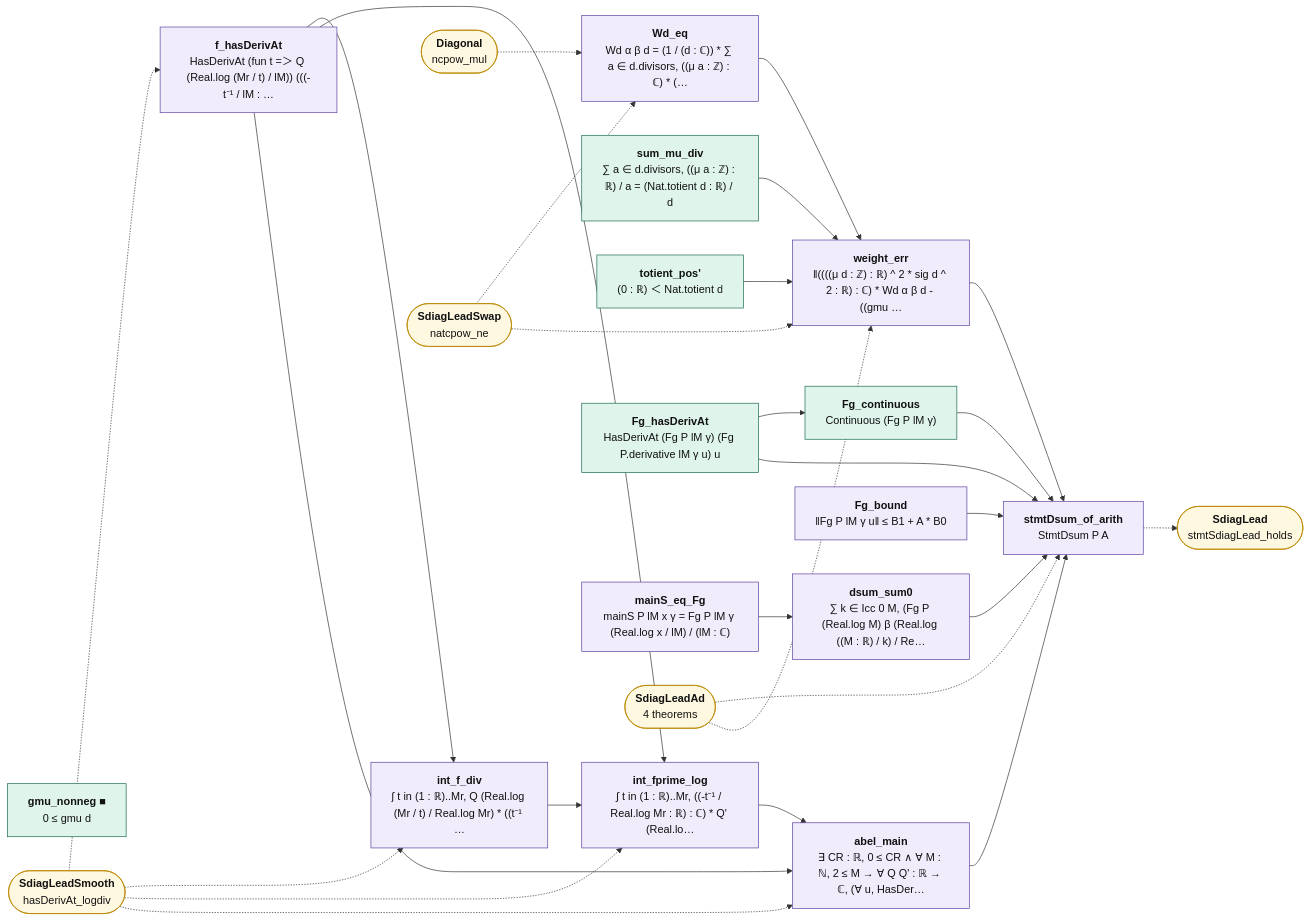
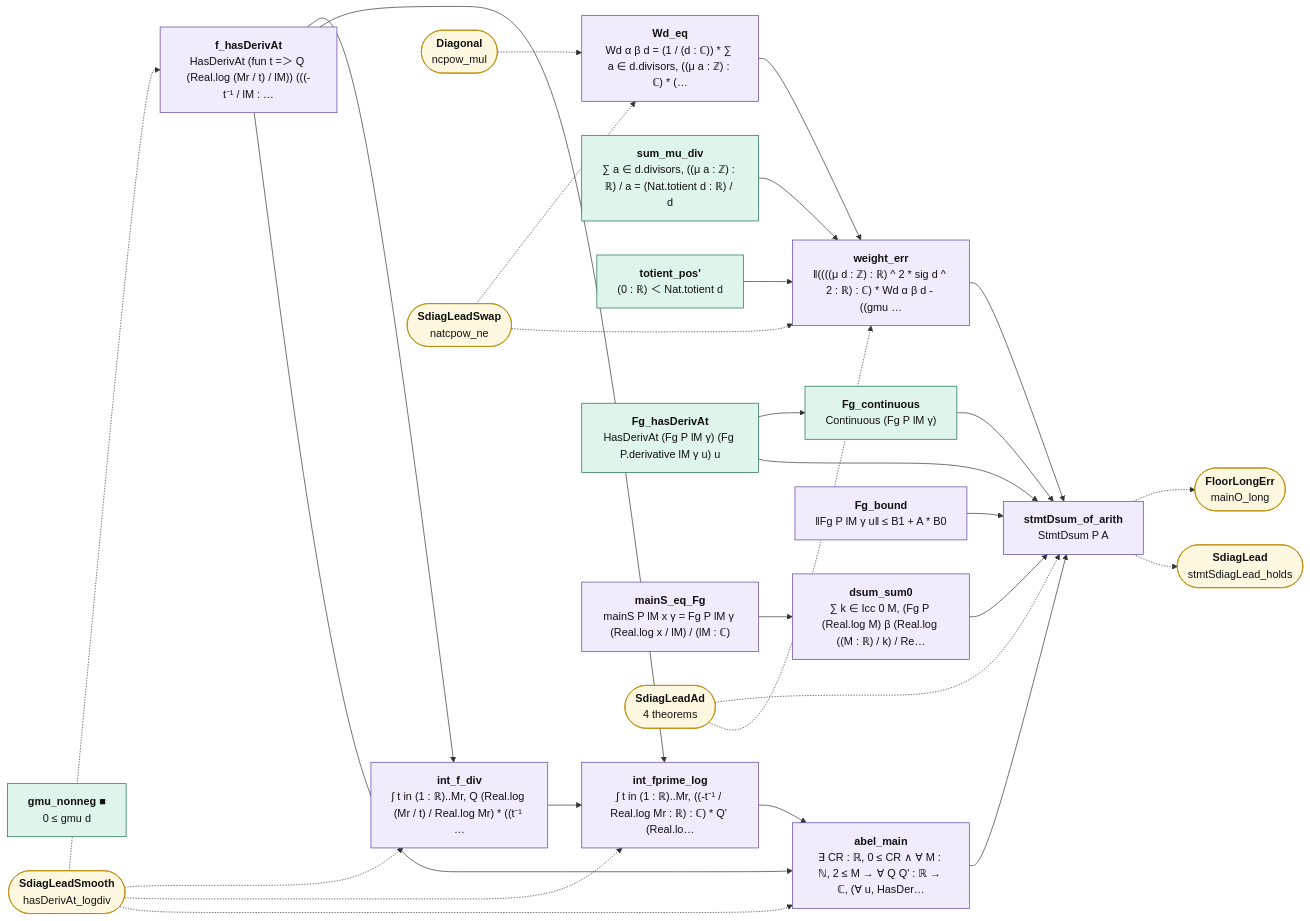
One commit to juliansambranojr/Primebeat_081426 changed the diagram in map/lean_stage3/SdiagLeadDsum.md. Above: the diagram before and after it, drawn with Mermaid. The commit also changed other lines of this file and 64 other files, not shown here.

````diff
--- a/map/lean_stage3/SdiagLeadDsum.md
+++ b/map/lean_stage3/SdiagLeadDsum.md
@@ -14,57 +14,59 @@
 ```mermaid
 flowchart LR
   n0["<b>Wd_eq</b><br/>Wd α β d = (1 / (d : ℂ)) * ∑ a ∈ d.divisors, ((μ a : ℤ) : ℂ) * (…"]:::shp
   n1["<b>sum_mu_div</b><br/>∑ a ∈ d.divisors, ((μ a : ℤ) : ℝ) / a = (Nat.totient d : ℝ) / d"]:::cnt
   n2["<b>totient_pos'</b><br/>(0 : ℝ) ＜ Nat.totient d"]:::cnt
   n3["<b>weight_err</b><br/>‖((((μ d : ℤ) : ℝ) ^ 2 * sig d ^ 2 : ℝ) : ℂ) * Wd α β d - ((gmu …"]:::shp
   n4["<b>f_hasDerivAt</b><br/>HasDerivAt (fun t =＞ Q (Real.log (Mr / t) / lM)) (((-t⁻¹ / lM : …"]:::shp
   n5["<b>int_f_div</b><br/>∫ t in (1 : ℝ)..Mr, Q (Real.log (Mr / t) / Real.log Mr) * ((t⁻¹ …"]:::shp
   n6["<b>int_fprime_log</b><br/>∫ t in (1 : ℝ)..Mr, ((-t⁻¹ / Real.log Mr : ℝ) : ℂ) * Q' (Real.lo…"]:::shp
   n7["<b>gmu_nonneg ■</b><br/>0 ≤ gmu d"]:::cnt
   n8["<b>abel_main</b><br/>∃ CR : ℝ, 0 ≤ CR ∧ ∀ M : ℕ, 2 ≤ M → ∀ Q Q' : ℝ → ℂ, (∀ u, HasDer…"]:::shp
   n9["<b>Fg_hasDerivAt</b><br/>HasDerivAt (Fg P lM γ) (Fg P.derivative lM γ u) u"]:::cnt
   n10["<b>Fg_continuous</b><br/>Continuous (Fg P lM γ)"]:::cnt
   n11["<b>Fg_bound</b><br/>‖Fg P lM γ u‖ ≤ B1 + A * B0"]:::shp
   n12["<b>mainS_eq_Fg</b><br/>mainS P lM x γ = Fg P lM γ (Real.log x / lM) / (lM : ℂ)"]:::shp
   n13["<b>dsum_sum0</b><br/>∑ k ∈ Icc 0 M, (Fg P (Real.log M) β (Real.log ((M : ℝ) / k) / Re…"]:::shp
   n14["<b>stmtDsum_of_arith</b><br/>StmtDsum P A"]:::shp
   x0(["<b>Diagonal</b><br/>ncpow_mul"]):::ext
   x1(["<b>SdiagLeadSwap</b><br/>natcpow_ne"]):::ext
   x2(["<b>SdiagLeadAd</b><br/>4 theorems"]):::ext
   x3(["<b>SdiagLeadSmooth</b><br/>hasDerivAt_logdiv"]):::ext
-  x4(["<b>SdiagLead</b><br/>stmtSdiagLead_holds"]):::ext
+  x4(["<b>FloorLongErr</b><br/>mainO_long"]):::ext
+  x5(["<b>SdiagLead</b><br/>stmtSdiagLead_holds"]):::ext
   n0 --> n3
   n1 --> n3
   n10 --> n14
   n11 --> n14
   n12 --> n13
   n13 --> n14
   n2 --> n3
   n3 --> n14
   n4 --> n5
   n4 --> n6
   n4 --> n8
   n5 --> n6
   n6 --> n8
   n8 --> n14
   n9 --> n10
   n9 --> n14
   n14 -.-> x4
+  n14 -.-> x5
   x0 -.-> n0
   x1 -.-> n0
   x1 -.-> n3
   x2 -.-> n14
   x2 -.-> n3
   x3 -.-> n4
   x3 -.-> n5
   x3 -.-> n6
   x3 -.-> n8
   classDef cnt fill:#dff5ec,stroke:#17694a,color:#111
   classDef shp fill:#f1ecfb,stroke:#5b3fa0,color:#111
   classDef rh fill:#ffe5e5,stroke:#c22,color:#111,stroke-width:2px
   classDef thm fill:#eef4ff,stroke:#335,color:#111
   classDef end_ fill:#e7f7e7,stroke:#2a7,color:#111,stroke-width:2px
   classDef lone fill:#fff,stroke:#999,color:#111,stroke-dasharray:4 3
   classDef bad fill:#ffe5e5,stroke:#c22,color:#111,stroke-width:2px
   classDef ext fill:#fff8e1,stroke:#b80,color:#111
 ```
````
